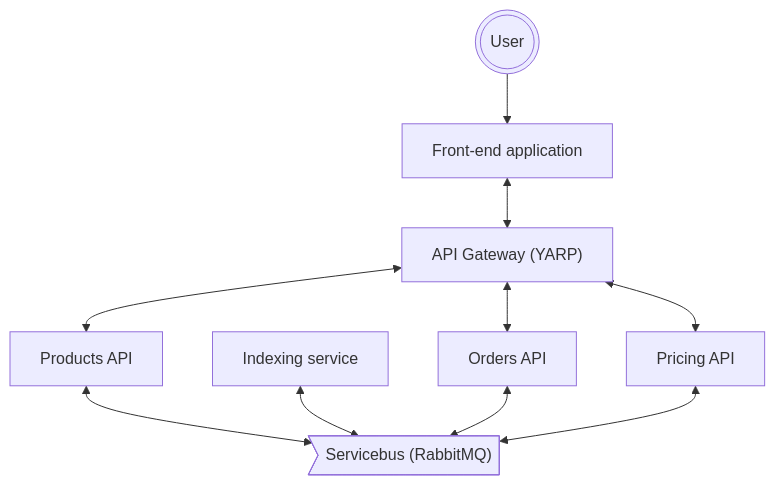
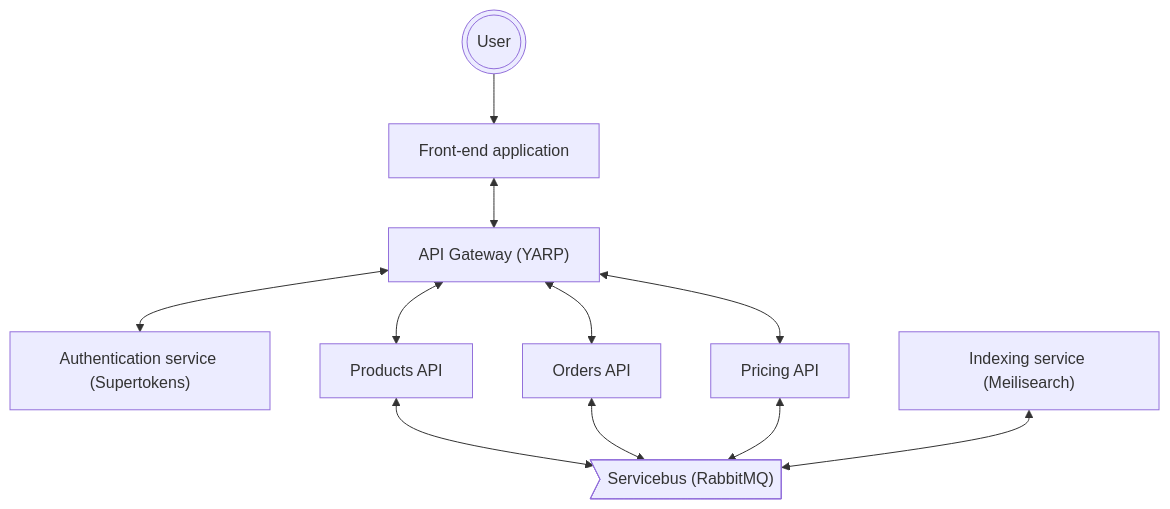
Before and after one commit to Physer/Microshop.NET: the diagram in docs/architecture/overview.md, drawn with Mermaid.

Commit message:
docs(repo): updated architecture overview with auth

````diff
--- a/docs/architecture/overview.md
+++ b/docs/architecture/overview.md
@@ -1,15 +1,18 @@
 ```mermaid
 flowchart TD
     user(((User))) --> frontend["Front-end application"]
 
     frontend <--> gateway["API Gateway (YARP)"]
-    
+
+    gateway <--> authentication["Authentication service (Supertokens)"]
+
     gateway <--> products["Products API"]
     gateway <--> orders["Orders API"]
     gateway <--> pricing["Pricing API"]
 
     products <--> servicebus>"Servicebus (RabbitMQ)"]
-    indexing["Indexing service"] <--> servicebus
     orders <--> servicebus
     pricing <--> servicebus
+
+    indexing["Indexing service (Meilisearch)"] <--> servicebus
 ```
````
